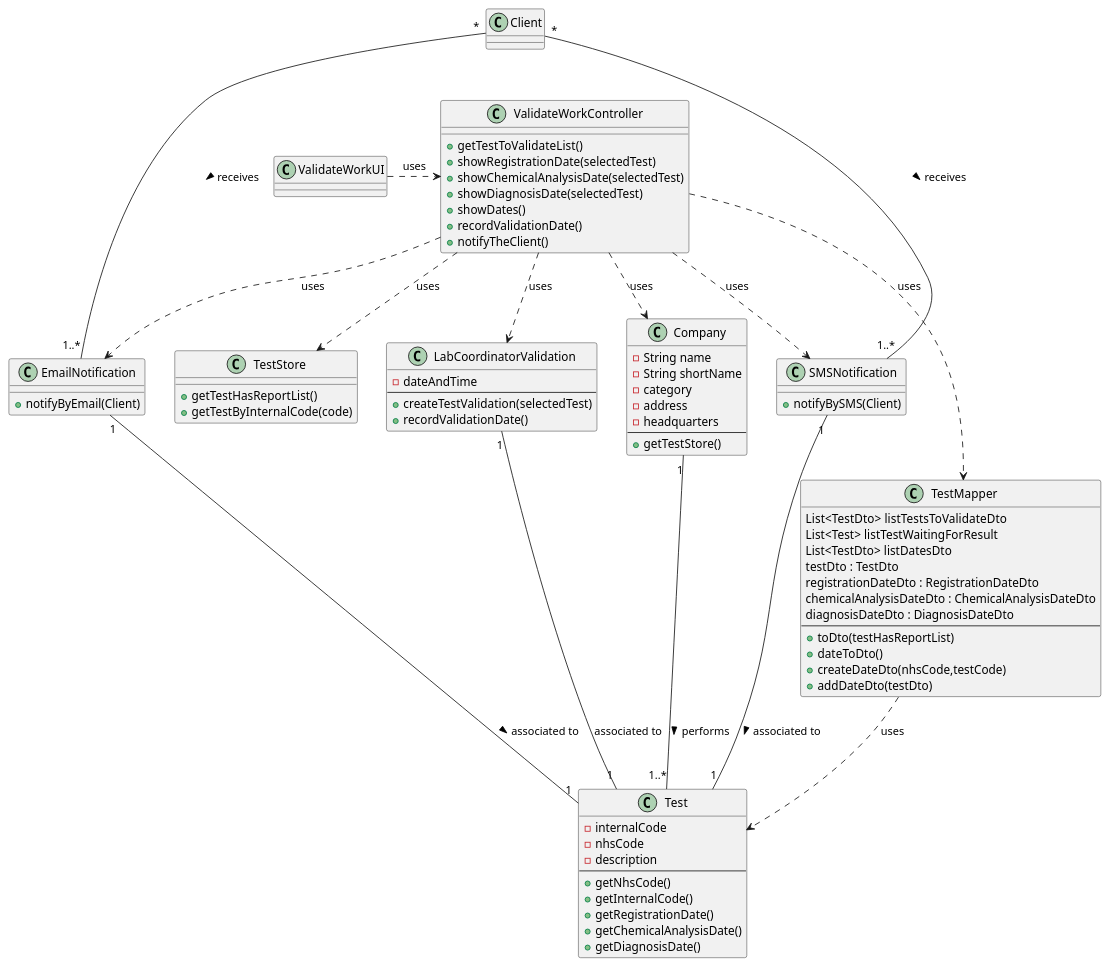
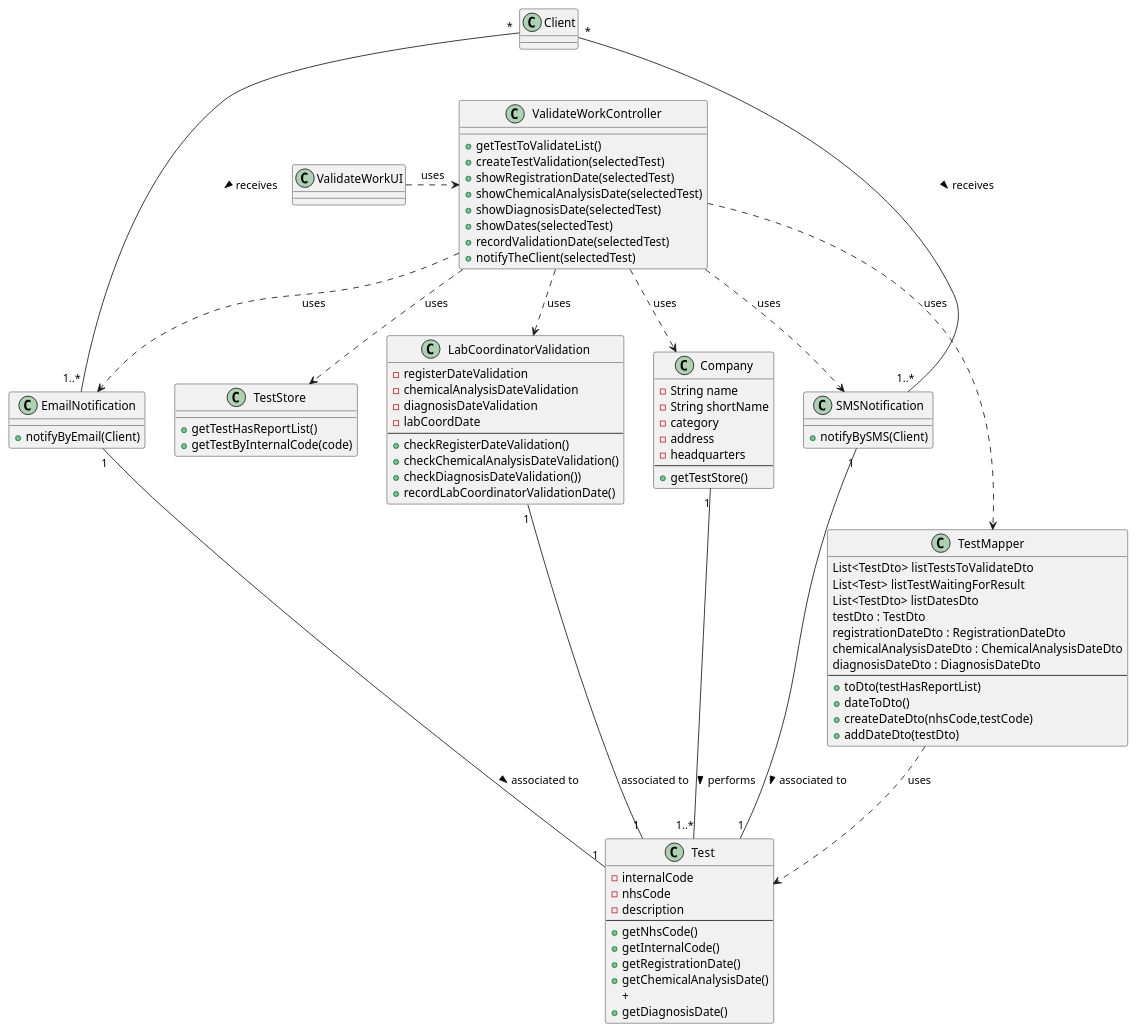
The diagram in docs/SprintC/US15/US15_CD.puml (manu-07-ela/LAPR2_ISEP), drawn with PlantUML before and after one commit. The commit also changed 10 other files, not shown here.

```diff
--- a/docs/SprintC/US15/US15_CD.puml
+++ b/docs/SprintC/US15/US15_CD.puml
@@ -1,101 +1,108 @@
 @startuml
 
 class ValidateWorkUI{
 }
 
 class ValidateWorkController{
 +getTestToValidateList()
++createTestValidation(selectedTest)
 +showRegistrationDate(selectedTest)
 +showChemicalAnalysisDate(selectedTest)
 +showDiagnosisDate(selectedTest)
-+showDates()
-+recordValidationDate()
-+notifyTheClient()
++showDates(selectedTest)
++recordValidationDate(selectedTest)
++notifyTheClient(selectedTest)
 }
 
 class Company{
 -String name
 -String shortName
 -category
 -address
 -headquarters
 --
 +getTestStore()
 }
 
 class TestStore {
 +getTestHasReportList()
 +getTestByInternalCode(code)
 }
 
 class TestMapper{
 List<TestDto> listTestsToValidateDto
 List<Test> listTestWaitingForResult
 List<TestDto> listDatesDto
 testDto : TestDto
 registrationDateDto : RegistrationDateDto
 chemicalAnalysisDateDto : ChemicalAnalysisDateDto
 diagnosisDateDto : DiagnosisDateDto
 --
 +toDto(testHasReportList)
 +dateToDto()
 +createDateDto(nhsCode,testCode)
 +addDateDto(testDto)
 }
 
 
 class LabCoordinatorValidation {
--dateAndTime
+-registerDateValidation
+-chemicalAnalysisDateValidation
+-diagnosisDateValidation
+-labCoordDate
 --
-+createTestValidation(selectedTest)
-+recordValidationDate()
++checkRegisterDateValidation()
++checkChemicalAnalysisDateValidation()
++checkDiagnosisDateValidation())
++recordLabCoordinatorValidationDate()
 }
 
 class Test{
 -internalCode
 -nhsCode
 -description
 --
 +getNhsCode()
 +getInternalCode()
 +getRegistrationDate()
 +getChemicalAnalysisDate()
++
 +getDiagnosisDate()
 }
 
 class EmailNotification{
 +notifyByEmail(Client)
 }
 
 class SMSNotification{
 +notifyBySMS(Client)
 }
 
 class Client{
 }
 
 
 ValidateWorkUI .> ValidateWorkController : uses
 
 ValidateWorkController ..> Company : uses
 ValidateWorkController ..> TestStore : uses
 ValidateWorkController ..> TestMapper : uses
 ValidateWorkController ..> LabCoordinatorValidation : uses
 ValidateWorkController ..> EmailNotification : uses
 ValidateWorkController ..> SMSNotification : uses
 
 Company "1"---"1..*" Test : performs >
 
 LabCoordinatorValidation "1"---"1" Test : associated to
 
 TestMapper ..> Test : uses
 
 EmailNotification "1"---"1" Test : associated to >
 
 SMSNotification "1"---"1" Test : associated to >
 
 Client "*"---"1..*" SMSNotification : receives >
 Client "*"---"1..*" EmailNotification : receives >
 
 
 @enduml
```
